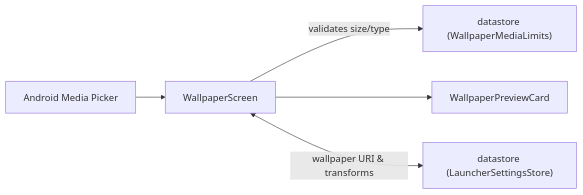
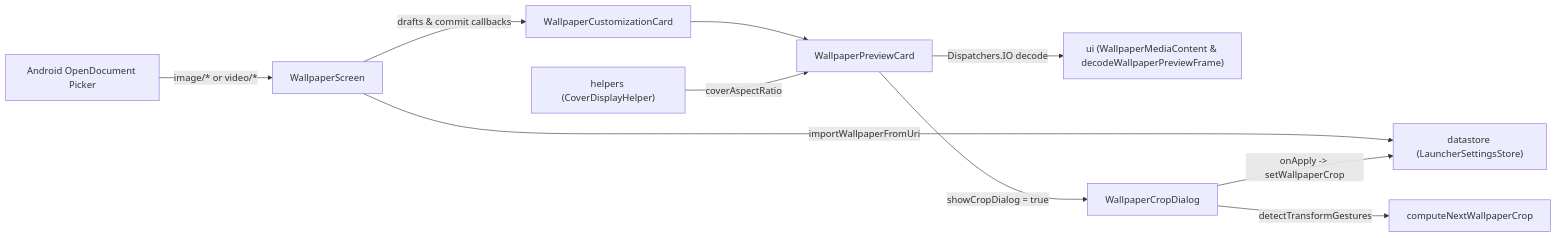
Before and after one commit to tyejaedon/Cover-Screen-OS: the diagram in app/src/main/java/com/tyejaedon/coverscreenos/ui/customize/wallpaper/README.md, drawn with Mermaid. The commit also changed other lines of this file and 157 other files, not shown here.

````diff
--- a/app/src/main/java/com/tyejaedon/coverscreenos/ui/customize/wallpaper/README.md
+++ b/app/src/main/java/com/tyejaedon/coverscreenos/ui/customize/wallpaper/README.md
@@ -14,7 +73,12 @@
 ```mermaid
 flowchart LR
-    Picker["Android Media Picker"] --> Screen["WallpaperScreen"]
-    Screen -->|"validates size/type"| Limits["datastore (WallpaperMediaLimits)"]
-    Screen --> Preview["WallpaperPreviewCard"]
-    Screen <-->|"wallpaper URI & transforms"| Store["datastore (LauncherSettingsStore)"]
+    Picker["Android OpenDocument Picker"] -->|"image/* or video/*"| Screen["WallpaperScreen"]
+    Screen -->|"importWallpaperFromUri"| Store["datastore (LauncherSettingsStore)"]
+    Screen -->|"drafts & commit callbacks"| Card["WallpaperCustomizationCard"]
+    Card --> Preview["WallpaperPreviewCard"]
+    Display["helpers (CoverDisplayHelper)"] -->|"coverAspectRatio"| Preview
+    Preview -->|"Dispatchers.IO decode"| Media["ui (WallpaperMediaContent & decodeWallpaperPreviewFrame)"]
+    Preview -->|"showCropDialog = true"| CropModal["WallpaperCropDialog"]
+    CropModal -->|"detectTransformGestures"| CropMath["computeNextWallpaperCrop"]
+    CropModal -->|"onApply -> setWallpaperCrop"| Store
 ```
````
